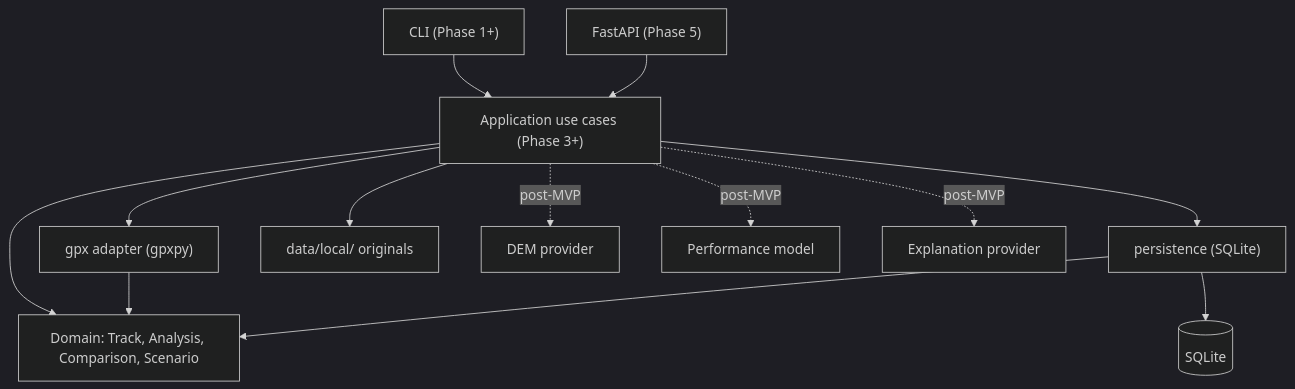
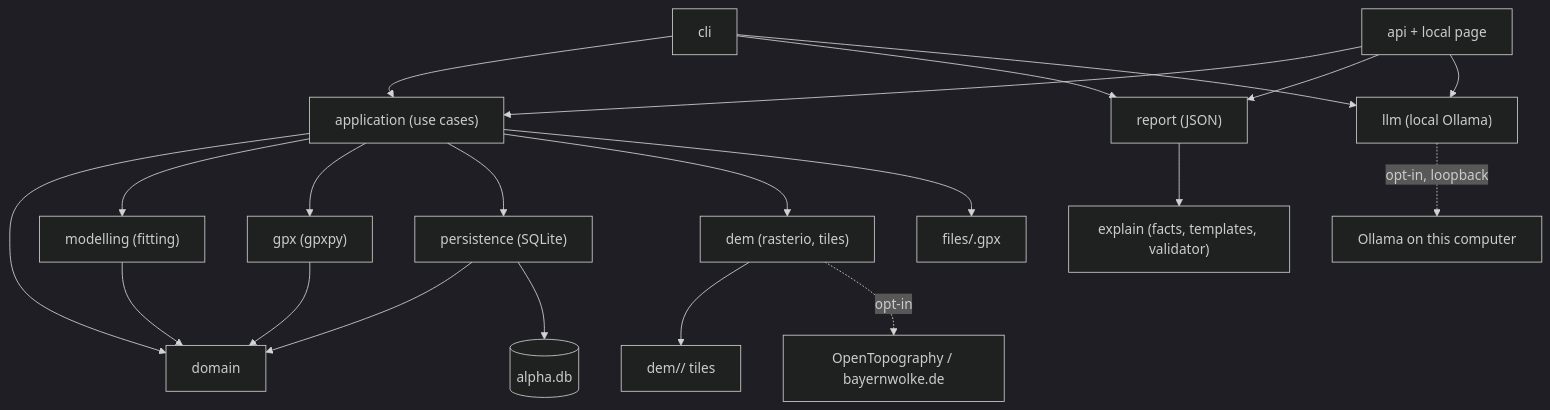
One commit to DmitryVas123/gpx_model changed the diagram in ARCHITECTURE.md. Above: the diagram before and after it, drawn with Mermaid (dark theme). The commit also changed other lines of this file and 62 other files, not shown here.

````diff
--- a/ARCHITECTURE.md
+++ b/ARCHITECTURE.md
@@ -36,15 +35,23 @@
 ``` mermaid
 flowchart TD
-    CLI["CLI (Phase 1+)"] --> App["Application use cases (Phase 3+)"]
-    API["FastAPI (Phase 5)"] --> App
-    App --> Domain["Domain: Track, Analysis, Comparison, Scenario"]
-    App --> GPX["gpx adapter (gpxpy)"]
+    CLI["cli"] --> App["application (use cases)"]
+    API["api + local page"] --> App
+    CLI --> Report["report (JSON)"]
+    API --> Report
+    Report --> Explain["explain (facts, templates, validator)"]
+    CLI --> LLM["llm (local Ollama)"]
+    API --> LLM
+    App --> Domain["domain"]
+    App --> Modelling["modelling (fitting)"]
+    App --> GPX["gpx (gpxpy)"]
     App --> Repo["persistence (SQLite)"]
+    App --> DEM["dem (rasterio, tiles)"]
+    Modelling --> Domain
     GPX --> Domain
     Repo --> Domain
-    Repo --> DB[("SQLite")]
-    App --> Files["data/local/ originals"]
-    App -. post-MVP .-> DEM["DEM provider"]
-    App -. post-MVP .-> ML["Performance model"]
-    App -. post-MVP .-> LLM["Explanation provider"]
+    Repo --> DB[("alpha.db")]
+    App --> Files["files/<sha256>.gpx"]
+    DEM --> Tiles["dem/<dataset>/ tiles"]
+    DEM -. opt-in .-> OT["OpenTopography / bayernwolke.de"]
+    LLM -. opt-in, loopback .-> Ollama["Ollama on this computer"]
 ```
````
